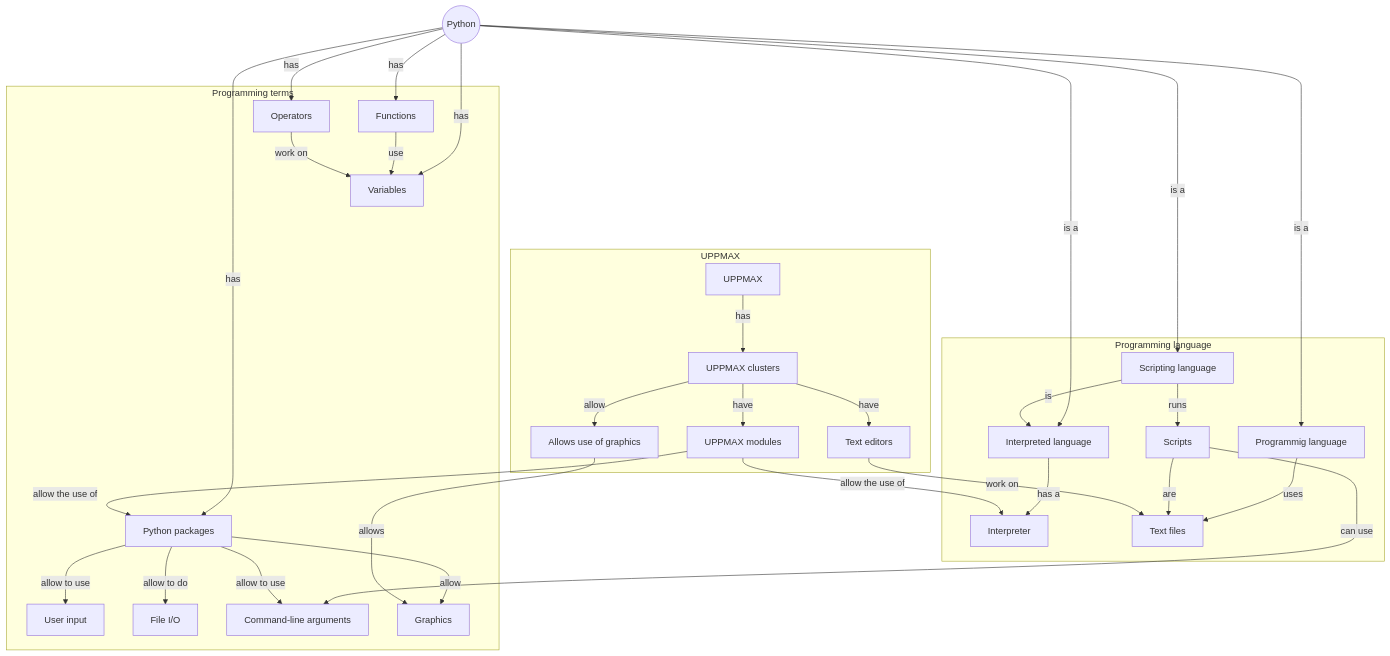
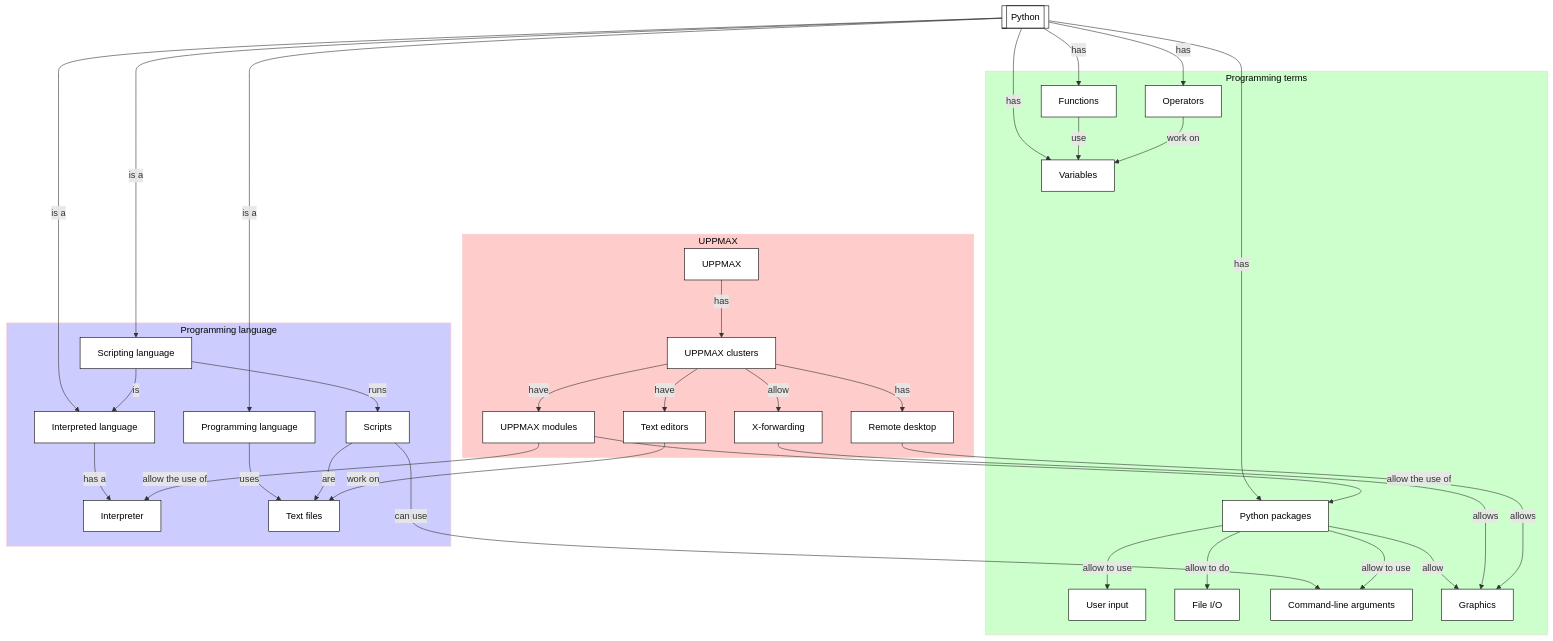
Before and after one commit to UPPMAX/uppmax_intro_python: the diagram in docs/afternoon_session/overview.md, drawn with Mermaid. The commit also changed other lines of this file and 10 other files, not shown here.

````diff
--- a/docs/afternoon_session/overview.md
+++ b/docs/afternoon_session/overview.md
@@ -45,65 +46,75 @@
 ```mermaid
 flowchart TD
-    python((Python))
-    
+    python[[Python]]
+
+    %% Give a white background to all nodes, instead of a transparent one
+    classDef node fill:#fff,color:#000,stroke:#000
+
     subgraph sub_programming_language[Programming language]
       interpreted_language[Interpreted language]
-      programming_language[Programmig language]
+      programming_language[Programming language]
       scripting_language[Scripting language]
       interpreter[Interpreter]
       scripts[Scripts]
       text_files[Text files]
     end
+    style sub_programming_language fill:#ccf,color:#000,stroke:#fcc
+
     subgraph sub_programming_terms[Programming terms]
       user_input[User input]
       file_io[File I/O]
       command_line_arguments[Command-line arguments]
       variables[Variables]
       operators[Operators]
       functions[Functions]
       python_packages[Python packages]
       graphics[Graphics]
     end 
+    style sub_programming_terms fill:#cfc,color:#000,stroke:#fcc
 
     subgraph sub_uppmax[UPPMAX]
       uppmax[UPPMAX]
       uppmax_modules[UPPMAX modules]
       uppmax_clusters[UPPMAX clusters]
       text_editors[Text editors]
-      use_of_graphics[Allows use of graphics]
+      x_forwarding[X-forwarding]
+      remote_desktop[Remote desktop]
     end
+    style sub_uppmax fill:#fcc,color:#000,stroke:#fcc
 
     python --> |is a| programming_language
     python --> |is a| interpreted_language
     python --> |is a| scripting_language
 
     programming_language --> |uses| text_files
     interpreted_language --> |has a| interpreter
     scripting_language --> |is|interpreted_language
     scripting_language --> |runs| scripts
     scripts --> |are| text_files
     scripts --> |can use| command_line_arguments
 
     python --> |has| python_packages
     python --> |has| variables
     python --> |has| functions
     python --> |has| operators
     functions --> |use| variables
     operators --> |work on| variables
     python_packages --> |allow| graphics
     python_packages --> |allow to use| user_input
     python_packages --> |allow to do| file_io
     python_packages --> |allow to use| command_line_arguments
 
     uppmax --> |has| uppmax_clusters
     uppmax_clusters --> |have| uppmax_modules
     uppmax_clusters --> |have| text_editors
-    uppmax_clusters --> |allow| use_of_graphics
+    uppmax_clusters --> |allow| x_forwarding
+    uppmax_clusters --> |has| remote_desktop
     uppmax_modules --> |allow the use of| python_packages
     uppmax_modules --> |allow the use of| interpreter
 
     text_editors --> |work on|text_files
-    use_of_graphics --> |allows|graphics
-
+    x_forwarding --> |allows|graphics
+    remote_desktop --> |allows|graphics
+    
     variables ~~~ uppmax
 ```
````
